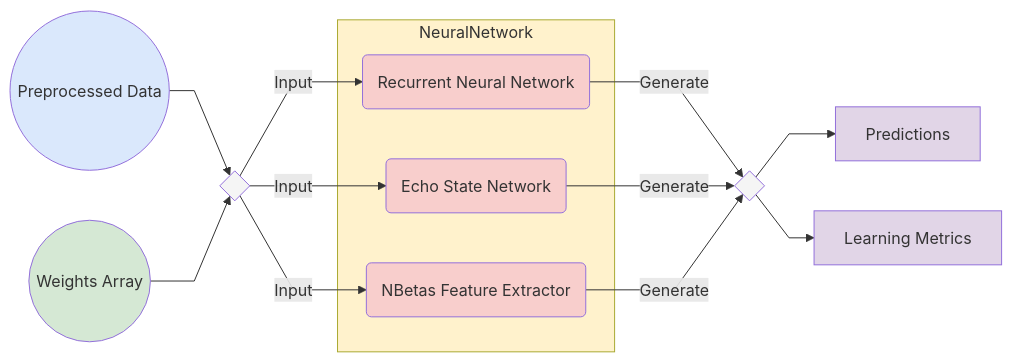
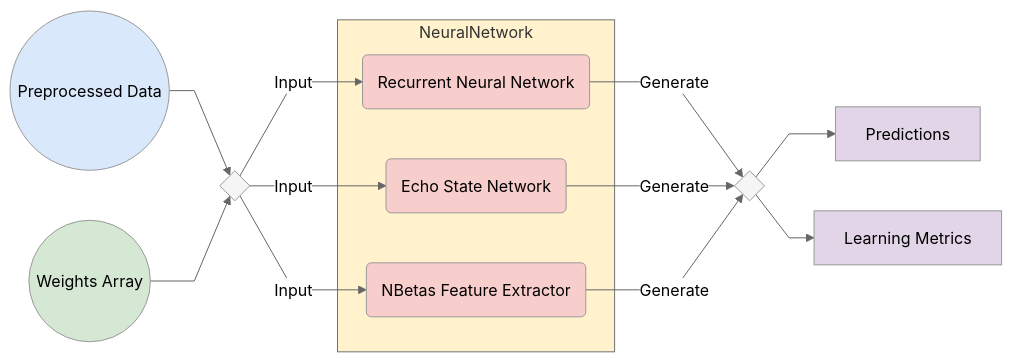
One commit to ramos-ai/MoStress changed the second of 3 diagrams in README.md. Above: the diagram before and after it, drawn with Mermaid. The commit also changed other lines of this file and 1 other file, not shown here.

Commit message:
adjust color theme

````diff
--- a/README.md
+++ b/README.md
@@ -66,43 +62,44 @@
 ```mermaid
     flowchart LR
 
     %%{init: {'flowchart' : {'curve' : 'linear'}}}%%
+    %%{init: {'theme':'neutral'}}%%
 
     classDef circles fill:#DAE8FC
     classDef circlesGreen fill:#D5E8D4
     classDef rectangle fill:#E1D5E7
     classDef subgraphBackground fill:#FFF2CC
     classDef roundRectangles fill:#F8CECC
     classDef ifs fill:#F5F5F5
 
     preprocessedData1((Preprocessed Data)):::circles
     weightsArray((Weights Array)):::circlesGreen
     if{" "}:::ifs
     if2{" "}:::ifs
     prediction[Predictions]:::rectangle
     metrics[Learning Metrics]:::rectangle
 
     preprocessedData1 --> if
     weightsArray --> if
 
     NeuralNetwork:::subgraphBackground
 
     subgraph NeuralNetwork
 
             rnn("Recurrent Neural Network"):::roundRectangles
             esn(Echo State Network):::roundRectangles
             nbeats(NBetas Feature Extractor):::roundRectangles
 
         end
 
     if -->|Input| rnn
     if -->|Input| esn
     if -->|Input| nbeats
 
     rnn -->|Generate| if2
     esn -->|Generate| if2
     nbeats -->|Generate| if2
 
     if2 --> prediction
     if2 --> metrics
 ```
````
